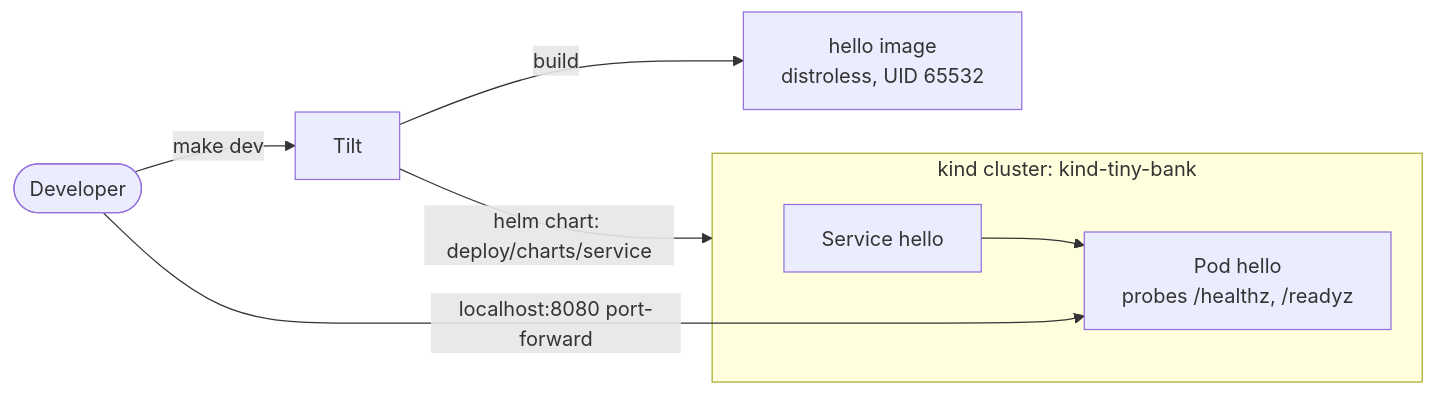
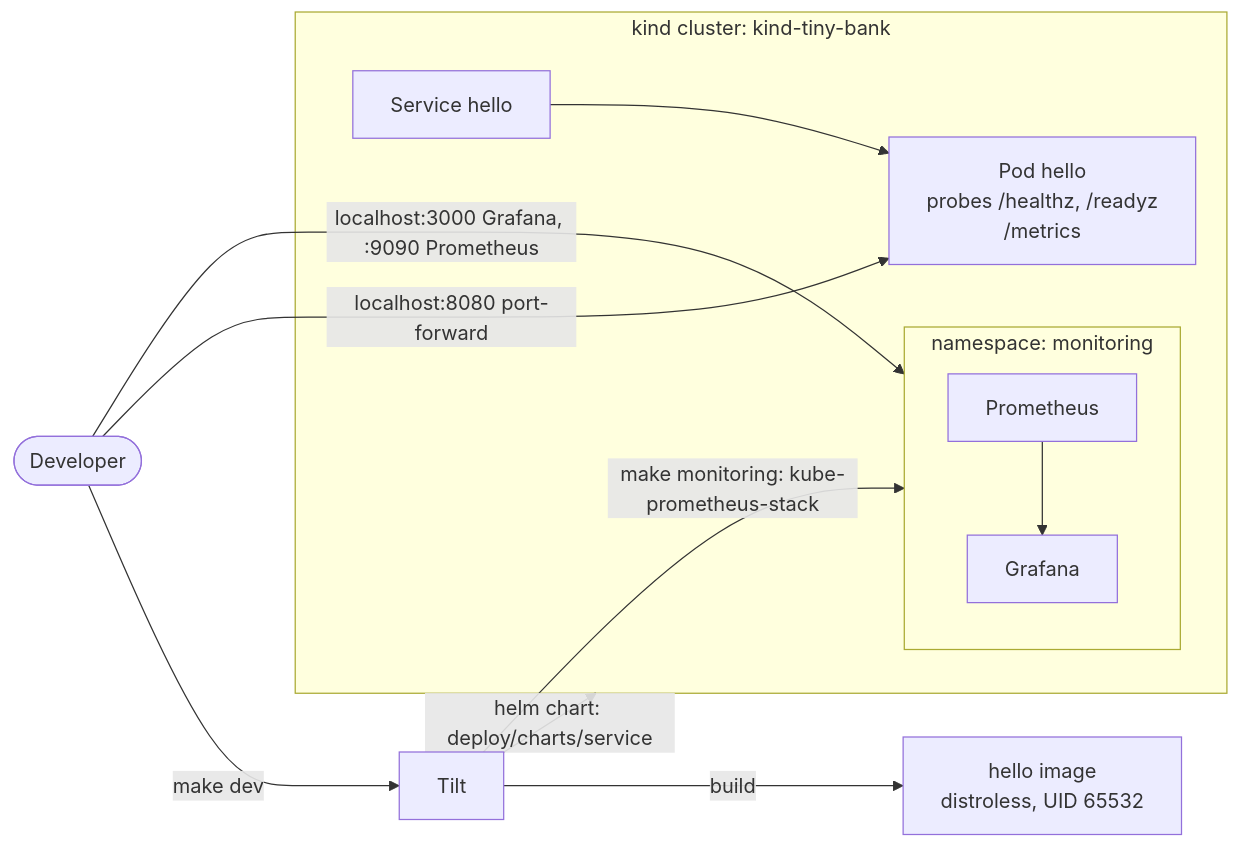
One commit to tinypell3ts/tiny-bank changed the second of 2 diagrams in docs/architecture.md. Above: the diagram before and after it, drawn with Mermaid. The commit also changed other lines of this file and 7 other files, not shown here.

Commit message:
feat(monitoring): install kube-prometheus-stack via make monitoring and Tilt

````diff
--- a/docs/architecture.md
+++ b/docs/architecture.md
@@ -30,10 +30,15 @@
 ```mermaid
 flowchart LR
     dev([Developer]) -->|make dev| tilt[Tilt]
     tilt -->|build| img[hello image<br/>distroless, UID 65532]
     tilt -->|helm chart: deploy/charts/service| k8s
     subgraph k8s [kind cluster: kind-tiny-bank]
-        svc[Service hello] --> pod[Pod hello<br/>probes /healthz, /readyz]
+        svc[Service hello] --> pod[Pod hello<br/>probes /healthz, /readyz<br/>/metrics]
+        subgraph mon [namespace: monitoring]
+            prom[Prometheus] --> graf[Grafana]
+        end
     end
+    tilt -->|make monitoring: kube-prometheus-stack| mon
     dev -->|localhost:8080 port-forward| pod
+    dev -->|localhost:3000 Grafana, :9090 Prometheus| mon
 ```
````
